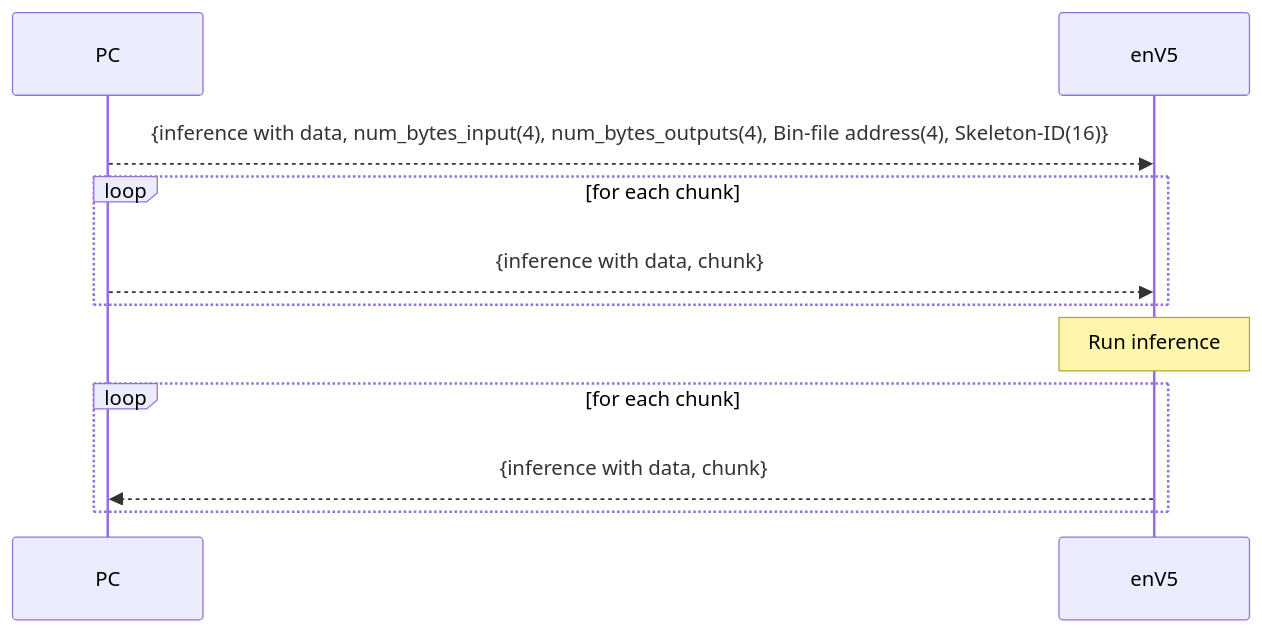
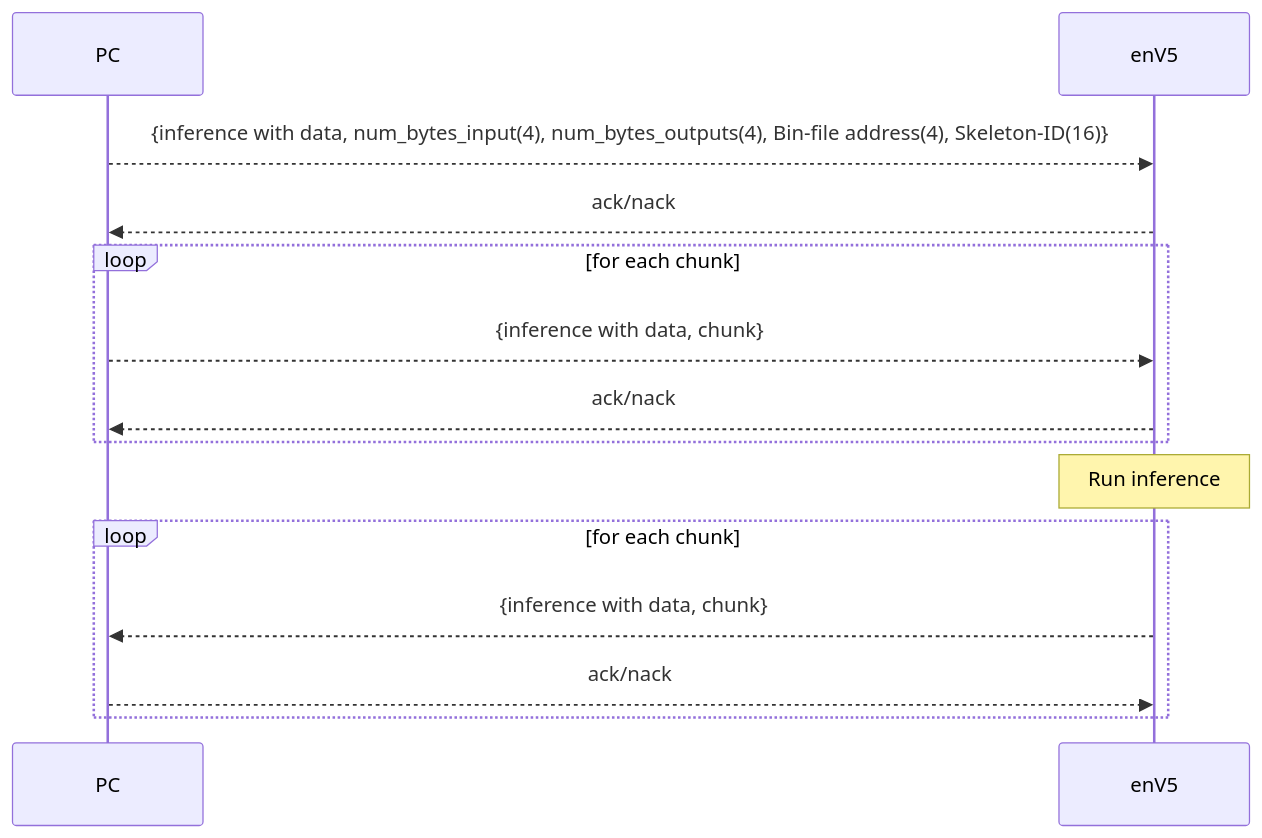
One commit to es-ude/elastic-ai.runtime.enV5 changed the tenth of 11 diagrams in python_utils/elasticai/runtime/env5/usb/README.adoc. Above: the diagram before and after it, drawn with Mermaid. The commit also changed other lines of this file, not shown here.

```diff
--- a/python_utils/elasticai/runtime/env5/usb/README.adoc
+++ b/python_utils/elasticai/runtime/env5/usb/README.adoc
@@ -164,12 +176,15 @@
 [mermaid]
 ....
 sequenceDiagram
     PC-->>enV5: {inference with data, num_bytes_input(4), num_bytes_outputs(4), Bin-file address(4), Skeleton-ID(16)}
+    enV5-->>PC: ack/nack
     loop for each chunk
     PC-->>enV5: {inference with data, chunk}
+    enV5-->>PC: ack/nack
     end
     Note over enV5: Run inference
     loop for each chunk
     enV5-->>PC: {inference with data, chunk}
+    PC-->>enV5: ack/nack
     end
 ....
```
